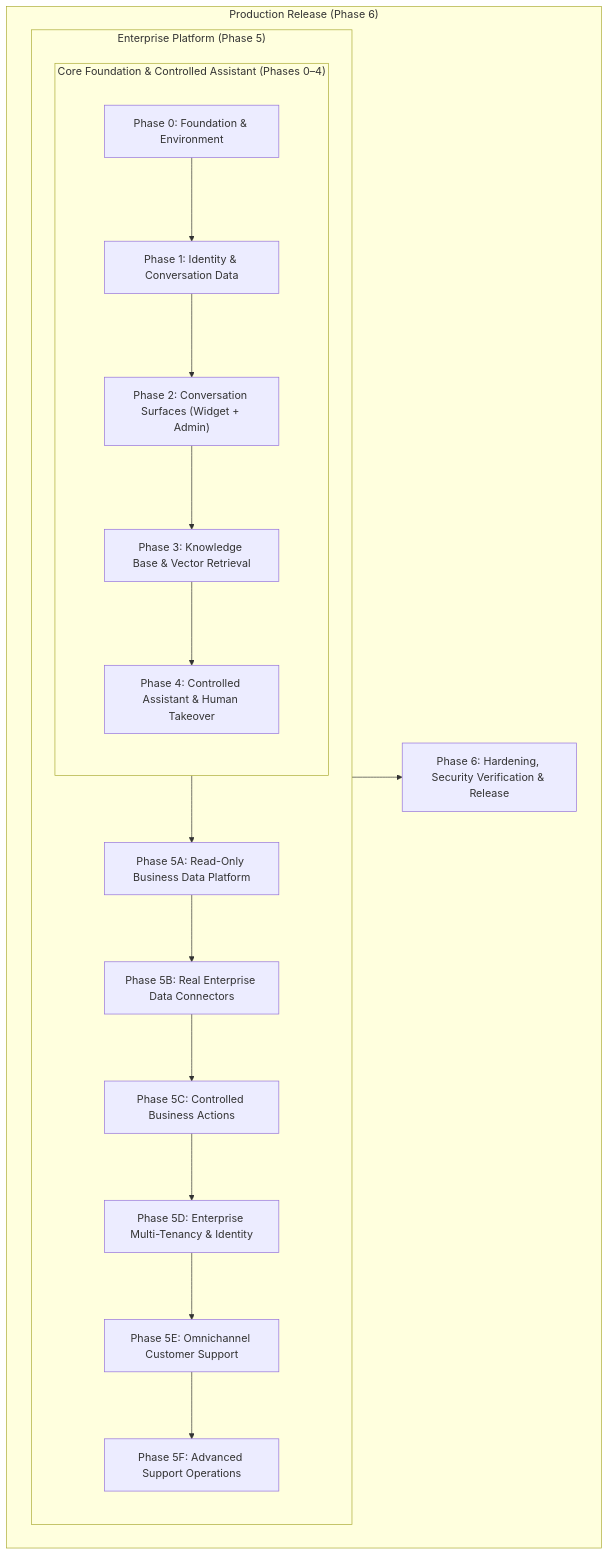
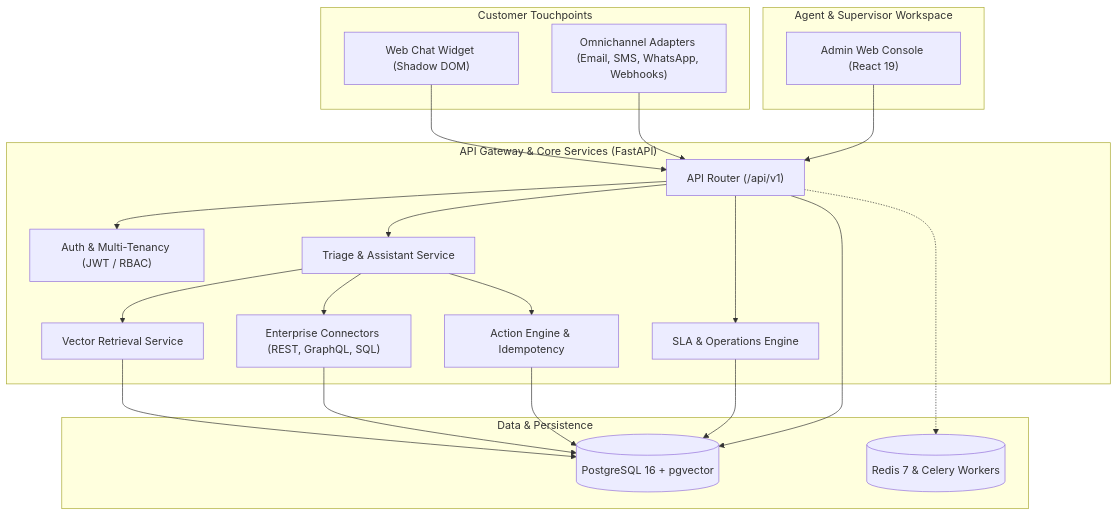
Before and after one commit to coder-aadii/MultiAgents-Customer-Support-System: the diagram in README.md, drawn with Mermaid. The commit also changed other lines of this file and 61 other files, not shown here.

First line of the commit message:
phase-6: complete advanced multi-agent orchestration, evidence resolution, and release controls

````diff
--- a/README.md
+++ b/README.md
@@ -55,22 +142,42 @@
 ```mermaid
-flowchart TD
-    subgraph CoreMVP["Core Foundation & Controlled Assistant (Phases 0–4)"]
-        P0["Phase 0: Foundation & Environment"] --> P1["Phase 1: Identity & Conversation Data"]
-        P1 --> P2["Phase 2: Conversation Surfaces (Widget + Admin)"]
-        P2 --> P3["Phase 3: Knowledge Base & Vector Retrieval"]
-        P3 --> P4["Phase 4: Controlled Assistant & Human Takeover"]
-    end
+graph TB
+  subgraph CustomerSurfaces["Customer Touchpoints"]
+    WIDGET["Web Chat Widget (Shadow DOM)"]
+    OMNI["Omnichannel Adapters (Email, SMS, WhatsApp, Webhooks)"]
+  end
 
-    subgraph Enterprise["Enterprise Platform (Phase 5)"]
-        CoreMVP --> P5A["Phase 5A: Read-Only Business Data Platform"]
-        P5A --> P5B["Phase 5B: Real Enterprise Data Connectors"]
-        P5B --> P5C["Phase 5C: Controlled Business Actions"]
-        P5C --> P5D["Phase 5D: Enterprise Multi-Tenancy & Identity"]
-        P5D --> P5E["Phase 5E: Omnichannel Customer Support"]
-        P5E --> P5F["Phase 5F: Advanced Support Operations"]
-    end
+  subgraph GatewayLayer["API Gateway & Core Services (FastAPI)"]
+    ROUTER["API Router (/api/v1)"]
+    AUTH["Auth & Multi-Tenancy (JWT / RBAC)"]
+    TRIAGE["Triage & Assistant Service"]
+    RETRIEVAL["Vector Retrieval Service"]
+    CONNECTORS["Enterprise Connectors (REST, GraphQL, SQL)"]
+    ACTIONS["Action Engine & Idempotency"]
+    SLA["SLA & Operations Engine"]
+  end
 
-    subgraph Hardening["Production Release (Phase 6)"]
-        Enterprise --> P6["Phase 6: Hardening, Security Verification & Release"]
-    end
+  subgraph AdminSurface["Agent & Supervisor Workspace"]
+    ADMIN["Admin Web Console (React 19)"]
+  end
+
+  subgraph DataLayer["Data & Persistence"]
+    DB[("PostgreSQL 16 + pgvector")]
+    REDIS[("Redis 7 & Celery Workers")]
+  end
+
+  WIDGET --> ROUTER
+  OMNI --> ROUTER
+  ADMIN --> ROUTER
+  ROUTER --> AUTH
+  ROUTER --> TRIAGE
+  TRIAGE --> RETRIEVAL
+  TRIAGE --> CONNECTORS
+  TRIAGE --> ACTIONS
+  ROUTER --> SLA
+  RETRIEVAL --> DB
+  CONNECTORS --> DB
+  ACTIONS --> DB
+  SLA --> DB
+  ROUTER --> DB
+  ROUTER -.-> REDIS
 ```
````
